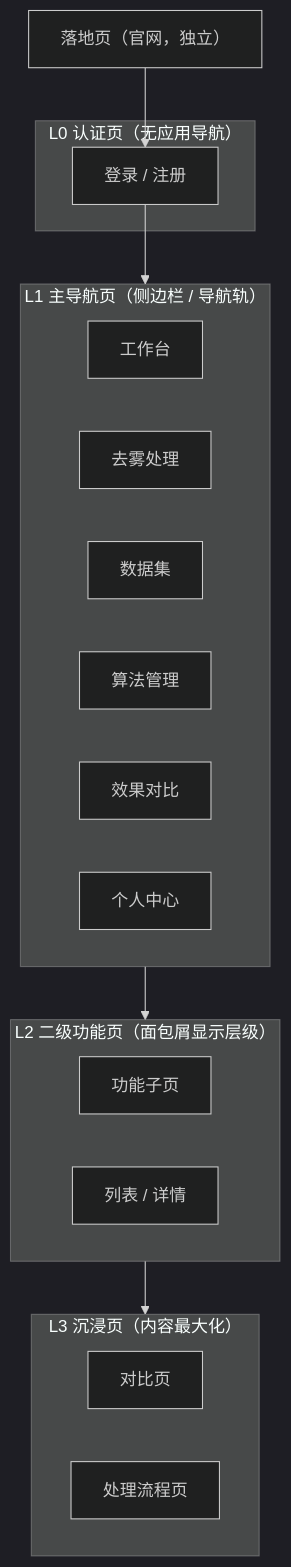
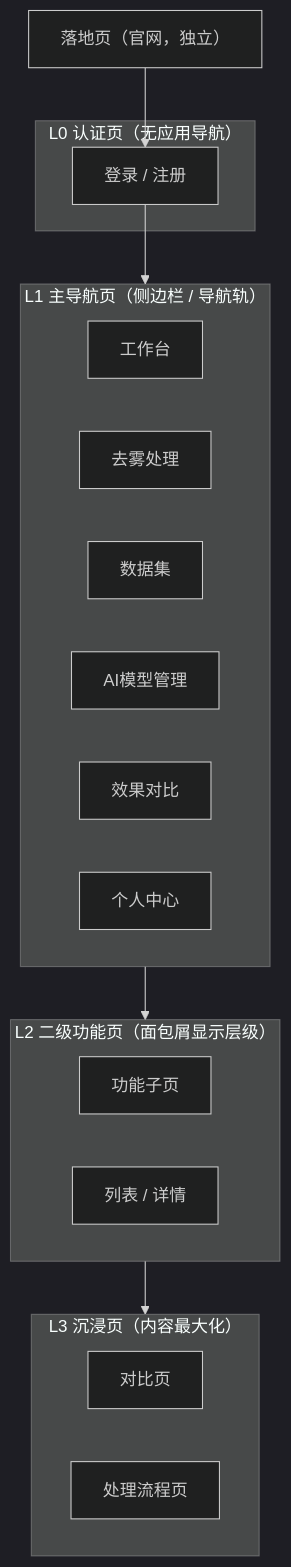
One commit to earthy-zinc/dehaze-system changed the diagram in dehaze-doc/docs/01-产品设计/04-桌面端界面设计规范.md. Above: the diagram before and after it, drawn with Mermaid (dark theme). The commit also changed other lines of this file and 239 other files, not shown here.

````diff
--- a/dehaze-doc/docs/01-产品设计/04-桌面端界面设计规范.md
+++ b/dehaze-doc/docs/01-产品设计/04-桌面端界面设计规范.md
@@ -50,29 +50,29 @@
 ```mermaid
 flowchart TB
     subgraph L0["L0 认证页（无应用导航）"]
         AUTH["登录 / 注册"]
     end
 
     subgraph L1["L1 主导航页（侧边栏 / 导航轨）"]
         HOME["工作台"]
         CORE["去雾处理"]
         DATA["数据集"]
-        ALGO["算法管理"]
+        ALGO["AI模型管理"]
         COMP["效果对比"]
         PROFILE["个人中心"]
     end
 
     subgraph L2["L2 二级功能页（面包屑显示层级）"]
         F1["功能子页"]
         F2["列表 / 详情"]
     end
 
     subgraph L3["L3 沉浸页（内容最大化）"]
         D1["对比页"]
         D2["处理流程页"]
     end
 
     LANDING["落地页（官网，独立）"] --> AUTH
     AUTH --> L1
     L1 --> L2 --> L3
 ```
````
